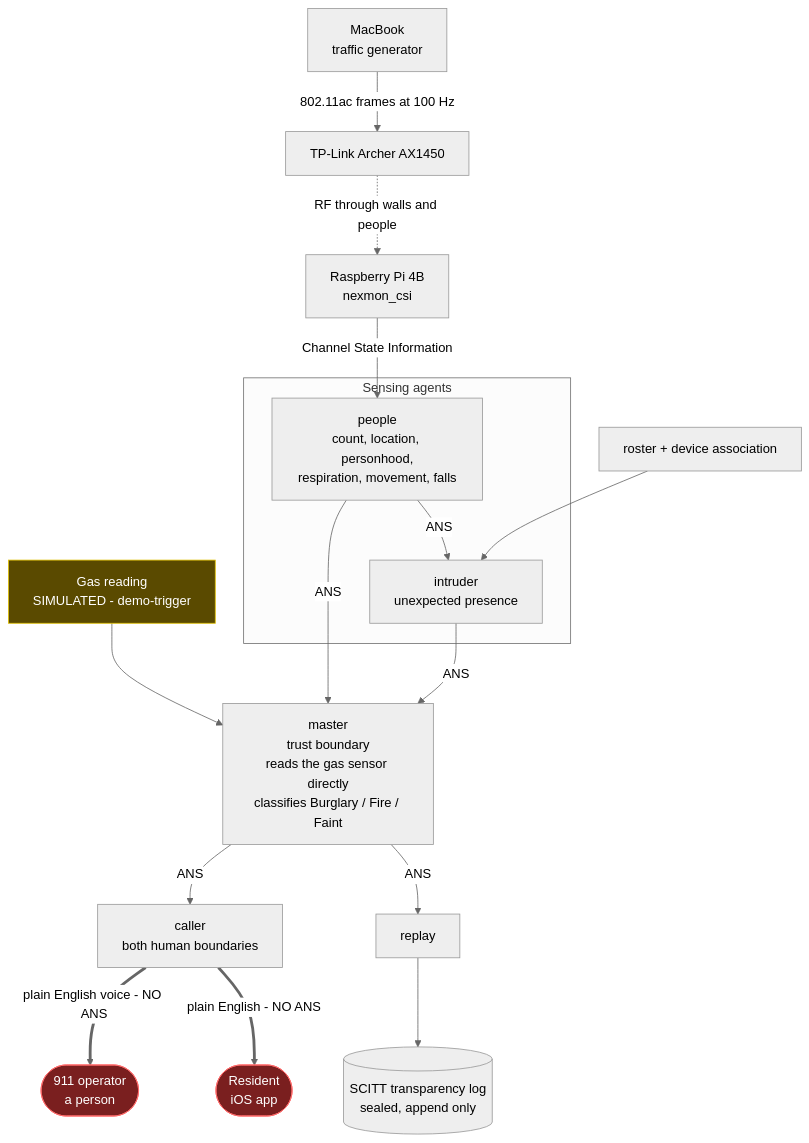
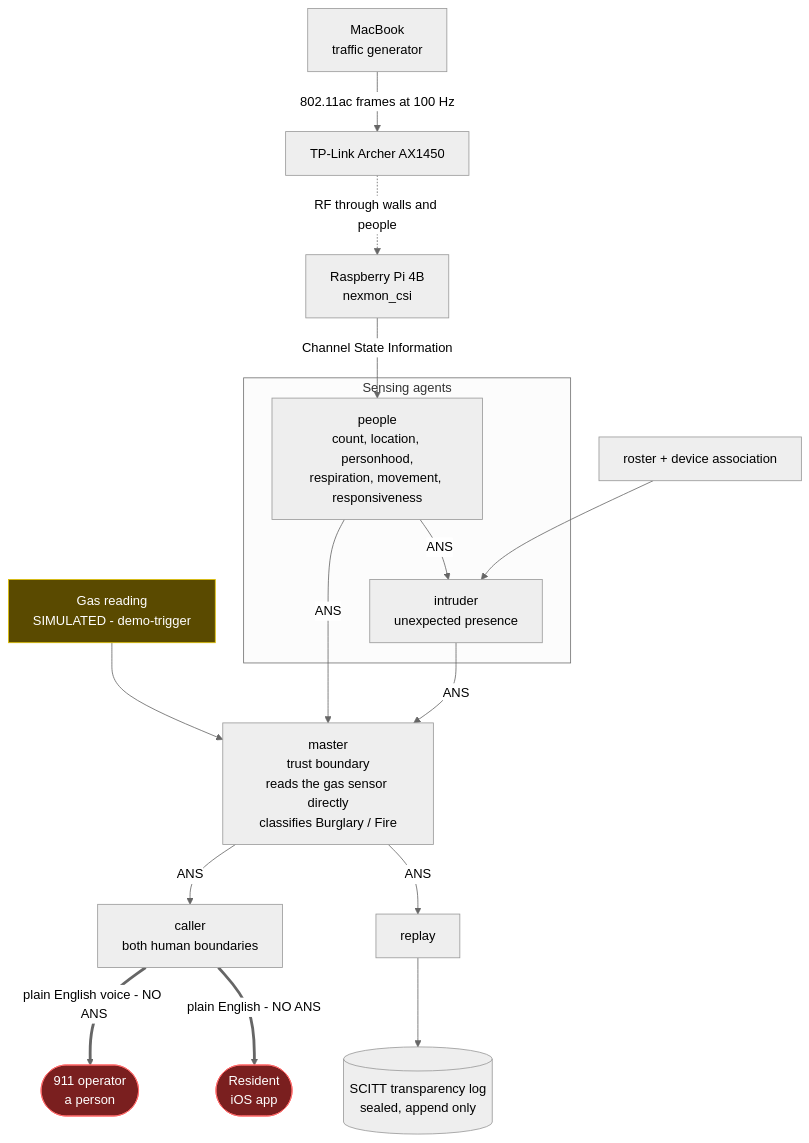
The first of 5 diagrams in docs/architecture-diagrams.md (cayden-h/Radar), drawn with Mermaid (neutral theme) before and after one commit. The commit also changed other lines of this file and 18 other files, not shown here.

````diff
--- a/docs/architecture-diagrams.md
+++ b/docs/architecture-diagrams.md
@@ -14,37 +14,37 @@
 ```mermaid
 flowchart TD
     M["MacBook<br/>traffic generator"]
     R["TP-Link Archer AX1450"]
     P["Raspberry Pi 4B<br/>nexmon_csi"]
     G["Gas reading<br/>SIMULATED - demo-trigger"]
 
     M -->|"802.11ac frames at 100 Hz"| R
     R -.->|"RF through walls and people"| P
     P -->|"Channel State Information"| PE
     G --> MA
 
     subgraph SENSE["Sensing agents"]
-      PE["people<br/>count, location, personhood,<br/>respiration, movement, falls"]
+      PE["people<br/>count, location, personhood,<br/>respiration, movement, responsiveness"]
       INT["intruder<br/>unexpected presence"]
     end
 
     PE -->|ANS| INT
     NET["roster + device association"] --> INT
 
     PE -->|ANS| MA
     INT -->|ANS| MA
 
-    MA["master<br/>trust boundary<br/>reads the gas sensor directly<br/>classifies Burglary / Fire / Faint"]
+    MA["master<br/>trust boundary<br/>reads the gas sensor directly<br/>classifies Burglary / Fire"]
 
     MA -->|ANS| CA["caller<br/>both human boundaries"]
     MA -->|ANS| RE["replay"]
 
     CA ==>|"plain English voice - NO ANS"| OP(["911 operator<br/>a person"])
     CA ==>|"plain English - NO ANS"| US(["Resident<br/>iOS app"])
     RE --> LOG[("SCITT transparency log<br/>sealed, append only")]
 
     classDef human fill:#7a1f1f,stroke:#ff6b6b,color:#fff
     classDef sim fill:#5a4a00,stroke:#e0c000,color:#fff
     class OP,US human
     class G sim
 ```
````
